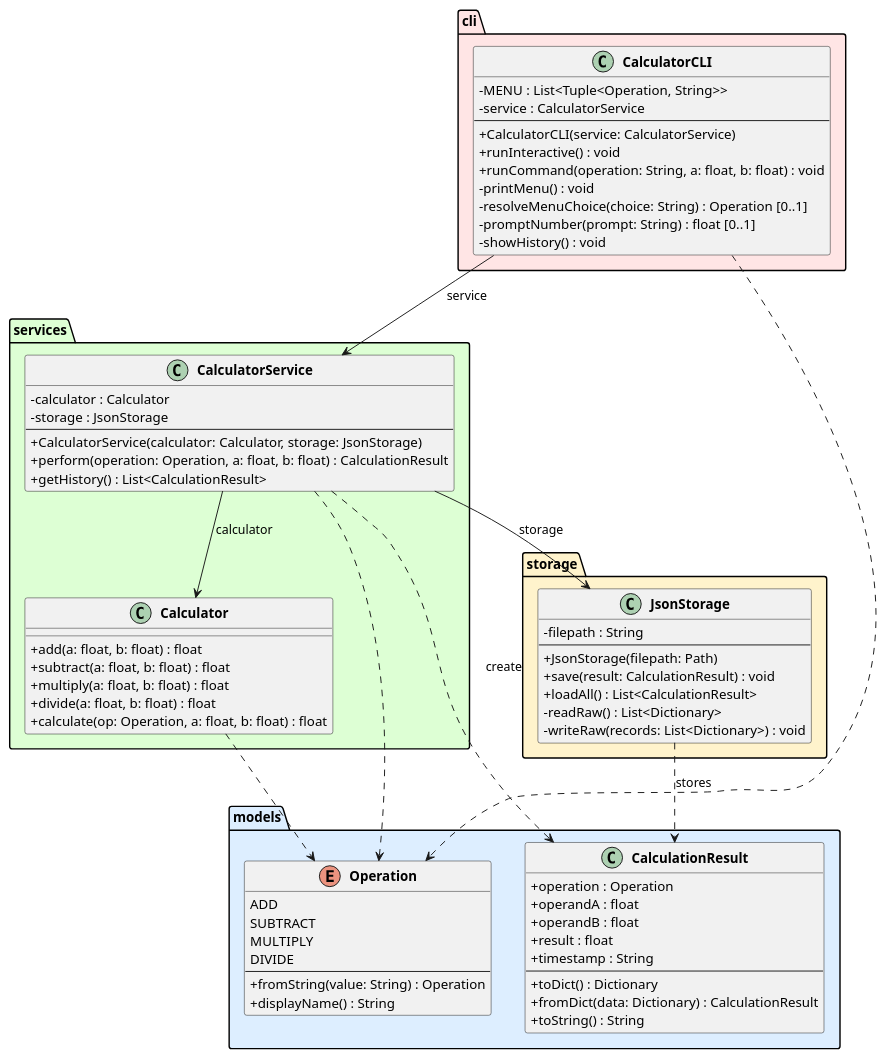
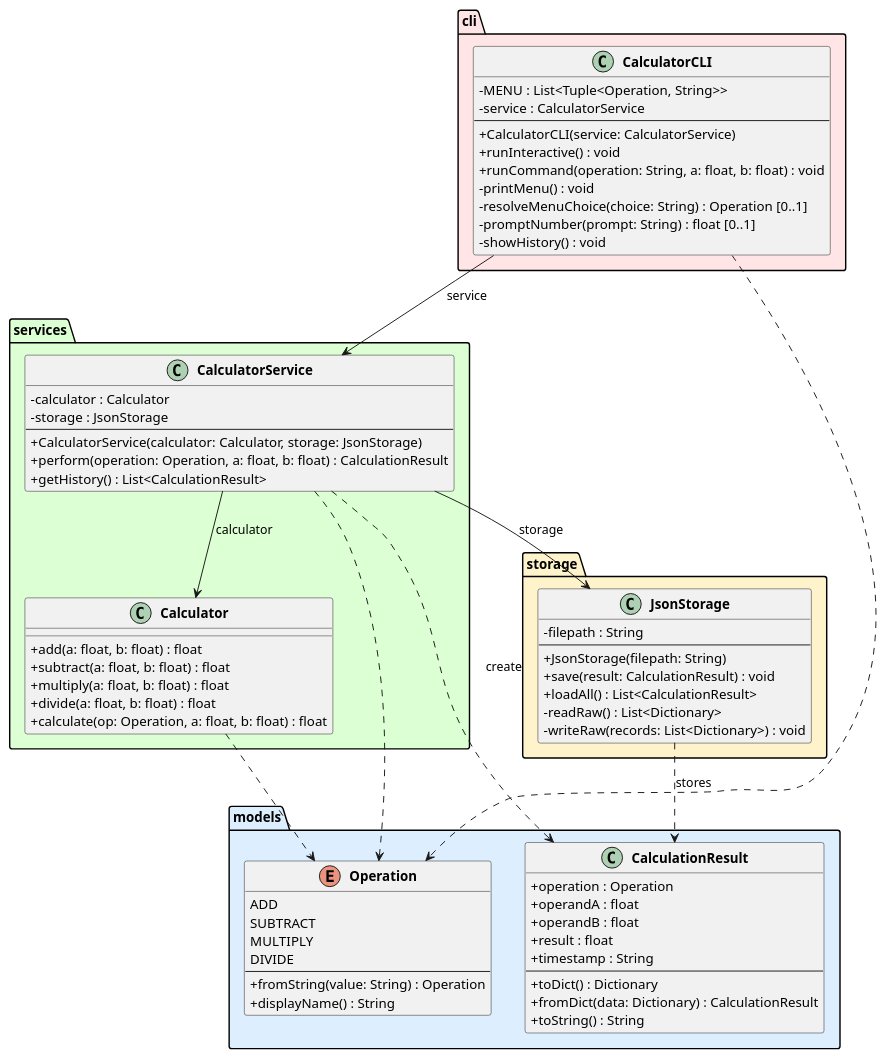
One commit to DanielRiha8906/Software_autoevolution_using_agents changed the diagram in baseline/calculator/artifacts/class_diagram.puml. Above: the diagram before and after it, drawn with PlantUML. The commit also changed 27 other files, not shown here.

Commit message:
github-workflow-manager diagrams + fixes to diagrams.

```diff
--- a/baseline/calculator/artifacts/class_diagram.puml
+++ b/baseline/calculator/artifacts/class_diagram.puml
@@ -1,86 +1,86 @@
 @startuml class_diagram
 
 skinparam classAttributeIconSize 0
 skinparam classFontStyle bold
 
 package "models" #DDEEFF {
     enum Operation {
         ADD
         SUBTRACT
         MULTIPLY
         DIVIDE
         --
         +fromString(value: String) : Operation
         +displayName() : String
     }
 
     class CalculationResult {
         +operation : Operation
         +operandA : float
         +operandB : float
         +result : float
         +timestamp : String
         --
         +toDict() : Dictionary
         +fromDict(data: Dictionary) : CalculationResult
         +toString() : String
     }
 }
 
 package "services" #DDFFD4 {
     class Calculator {
         +add(a: float, b: float) : float
         +subtract(a: float, b: float) : float
         +multiply(a: float, b: float) : float
         +divide(a: float, b: float) : float
         +calculate(op: Operation, a: float, b: float) : float
     }
 
     class CalculatorService {
         -calculator : Calculator
         -storage : JsonStorage
         --
         +CalculatorService(calculator: Calculator, storage: JsonStorage)
         +perform(operation: Operation, a: float, b: float) : CalculationResult
         +getHistory() : List<CalculationResult>
     }
 }
 
 package "storage" #FFF3CC {
     class JsonStorage {
         -filepath : String
         --
-        +JsonStorage(filepath: Path)
+        +JsonStorage(filepath: String)
         +save(result: CalculationResult) : void
         +loadAll() : List<CalculationResult>
         -readRaw() : List<Dictionary>
         -writeRaw(records: List<Dictionary>) : void
     }
 }
 
 package "cli" #FFE5E5 {
     class CalculatorCLI {
         -MENU : List<Tuple<Operation, String>>
         -service : CalculatorService
         --
         +CalculatorCLI(service: CalculatorService)
         +runInteractive() : void
         +runCommand(operation: String, a: float, b: float) : void
         -printMenu() : void
         -resolveMenuChoice(choice: String) : Operation [0..1]
         -promptNumber(prompt: String) : float [0..1]
         -showHistory() : void
     }
 }
 
 CalculatorCLI --> CalculatorService : service
 CalculatorService --> Calculator : calculator
 CalculatorService --> JsonStorage : storage
 
 CalculatorService ..> CalculationResult : create
 CalculatorService ..> Operation
 CalculatorCLI ..> Operation
 Calculator ..> Operation
 JsonStorage ..> CalculationResult : stores
 
 @enduml
```
